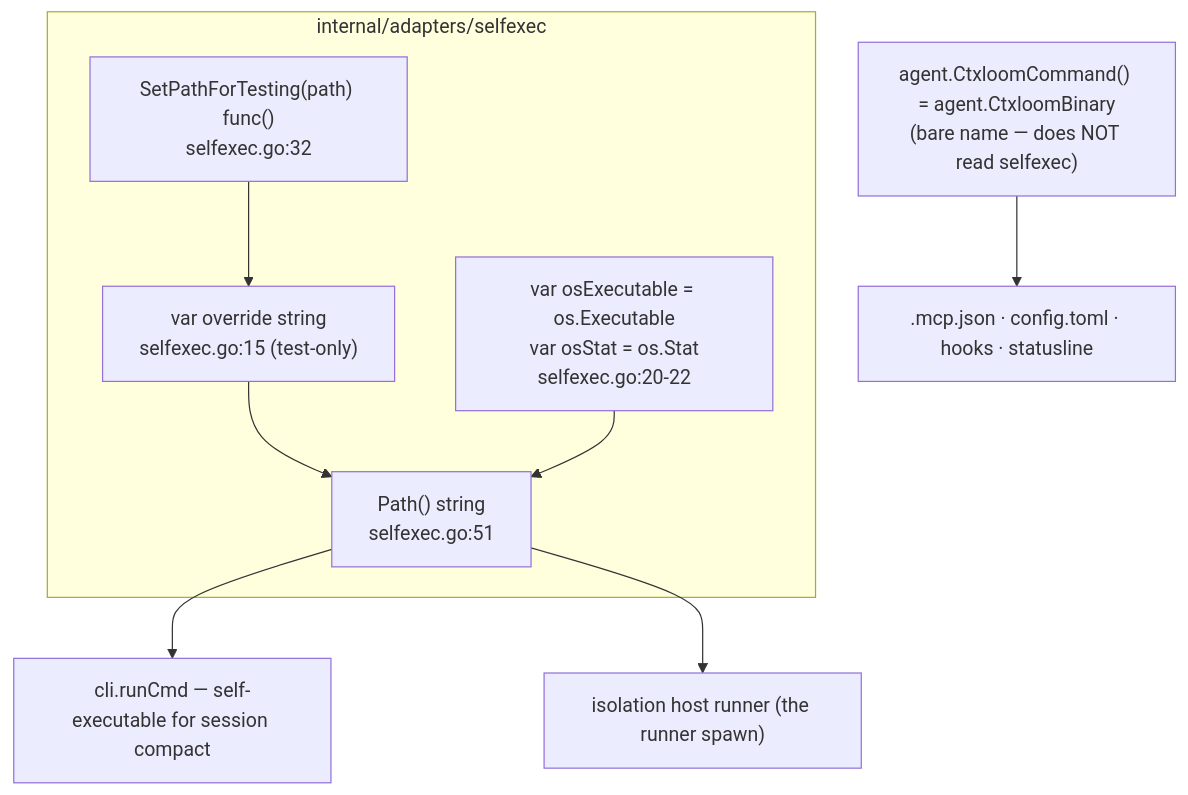
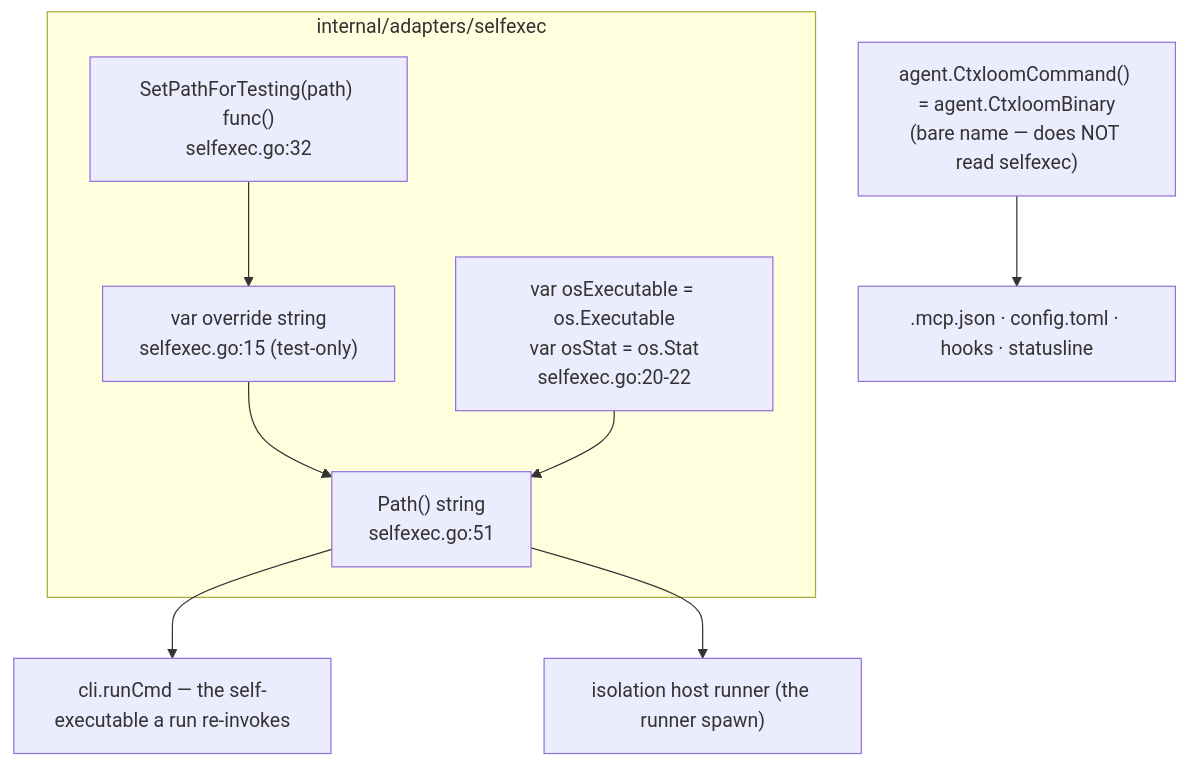
One commit to ctxloom/ctxloom changed the diagram in docs/architecture/companions/selfexec.md. Above: the diagram before and after it, drawn with Mermaid. The commit also changed 55 other files, not shown here.

First line of the commit message:
docs: session compaction removed — release notes, guides, architecture

````diff
--- a/docs/architecture/companions/selfexec.md
+++ b/docs/architecture/companions/selfexec.md
@@ -24,17 +24,17 @@
 ```mermaid
 flowchart TD
   subgraph unit["internal/adapters/selfexec"]
     OVR["var override string<br/>selfexec.go:15 (test-only)"]
     SEAM["var osExecutable = os.Executable<br/>var osStat = os.Stat<br/>selfexec.go:20-22"]
     PATH["Path() string<br/>selfexec.go:51"]
     SET["SetPathForTesting(path) func()<br/>selfexec.go:32"]
     SET --> OVR --> PATH
     SEAM --> PATH
   end
 
-  PATH --> RUN["cli.runCmd — self-executable for session compact"]
+  PATH --> RUN["cli.runCmd — the self-executable a run re-invokes"]
   PATH --> ISO["isolation host runner (the runner spawn)"]
 
   CC["agent.CtxloomCommand() = agent.CtxloomBinary<br/>(bare name — does NOT read selfexec)"]
   CC --> SURF[".mcp.json · config.toml · hooks · statusline"]
 ```
````
